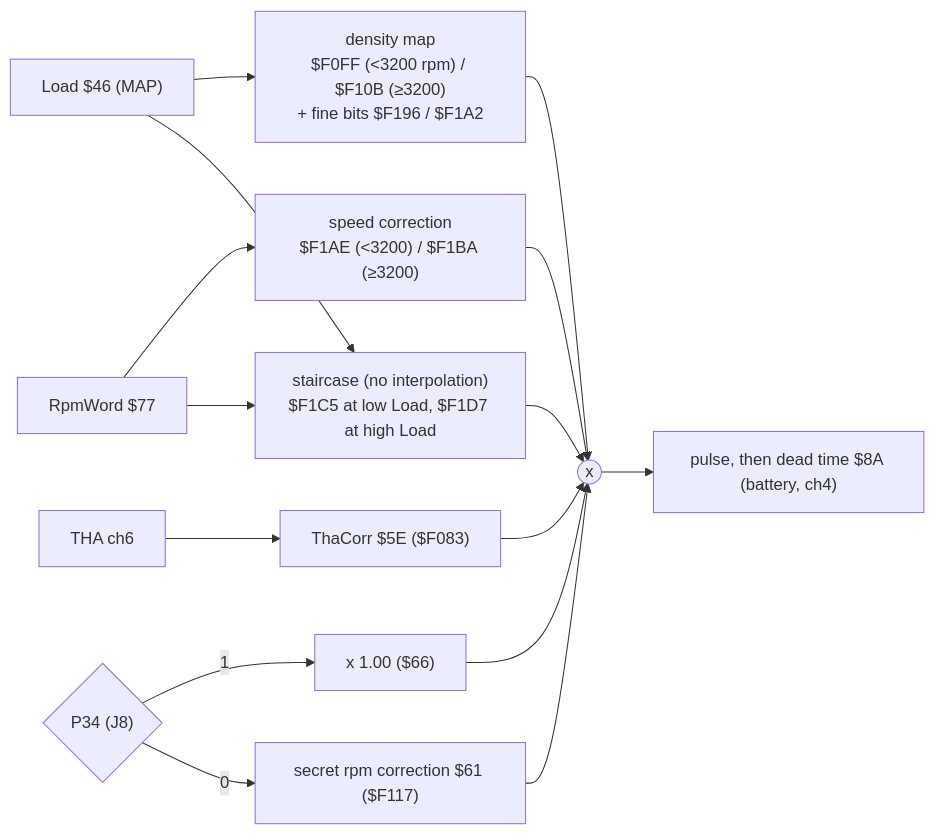
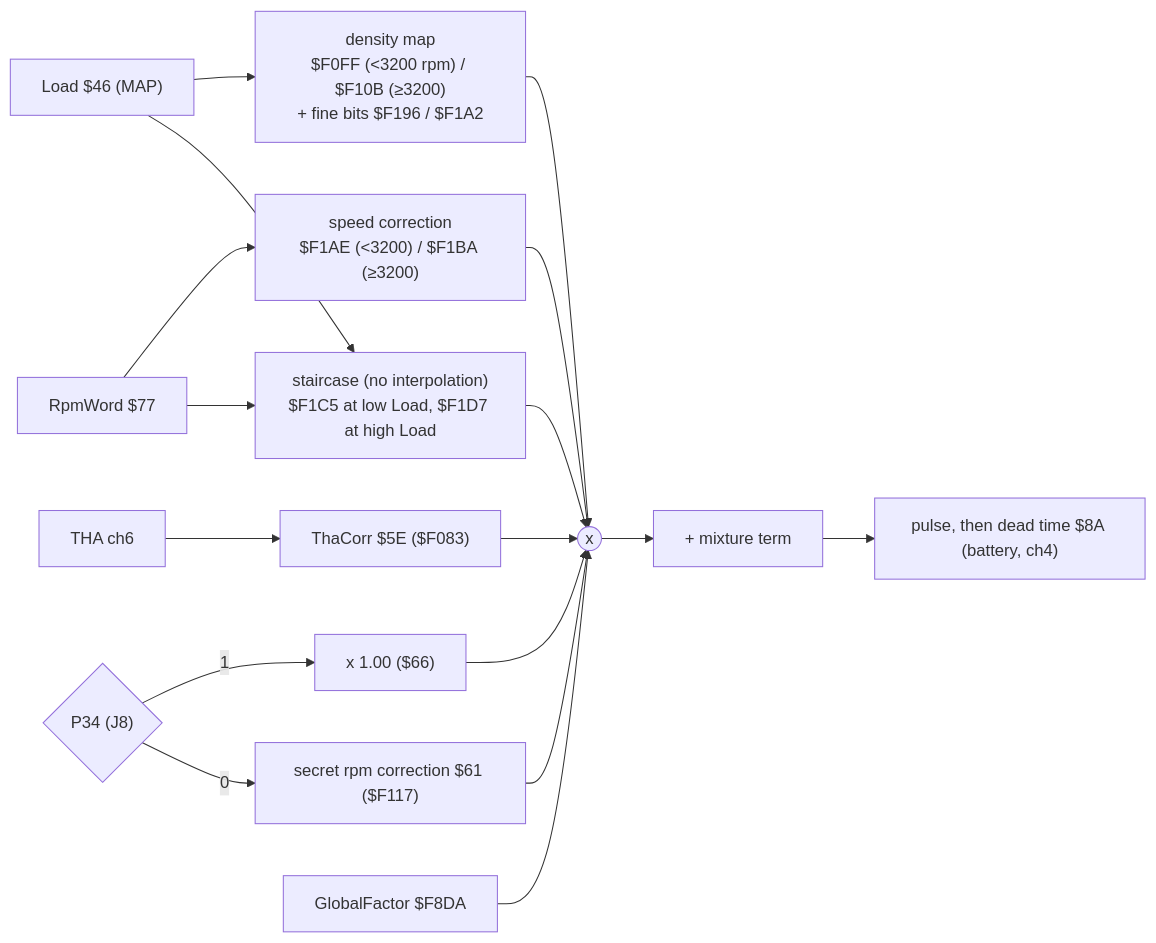
One commit to kurt-culley/Toyota-PCM-hacking changed the diagram in docs/mr2/maps.md. Above: the diagram before and after it, drawn with Mermaid. The commit also changed other lines of this file and 153 other files, not shown here.

````diff
--- a/docs/mr2/maps.md
+++ b/docs/mr2/maps.md
@@ -97,17 +161,19 @@
 ```mermaid
 flowchart LR
   MAP["Load $46 (MAP)"] --> DEN["density map<br/>$F0FF (&lt;3200 rpm) / $F10B (&ge;3200)<br/>+ fine bits $F196 / $F1A2"]
   RPM["RpmWord $77"] --> SPD["speed correction<br/>$F1AE (&lt;3200) / $F1BA (&ge;3200)"]
   RPM --> STAIR["staircase (no interpolation)<br/>$F1C5 at low Load, $F1D7 at high Load"]
   MAP --> STAIR
   THA["THA ch6"] --> TC["ThaCorr $5E ($F083)"]
   P34{"P34 (J8)"} -->|1| FIX["x 1.00 ($66)"]
   P34 -->|0| SEC["secret rpm correction $61 ($F117)"]
+  GF["GlobalFactor $F8DA"] --> MUL
   DEN --> MUL(("x"))
   SPD --> MUL
   STAIR --> MUL
   TC --> MUL
   FIX --> MUL
   SEC --> MUL
-  MUL --> PW["pulse, then dead time $8A (battery, ch4)"]
+  MUL --> MIX["+ mixture term"]
+  MIX --> PW["pulse, then dead time $8A (battery, ch4)"]
 ```
````
